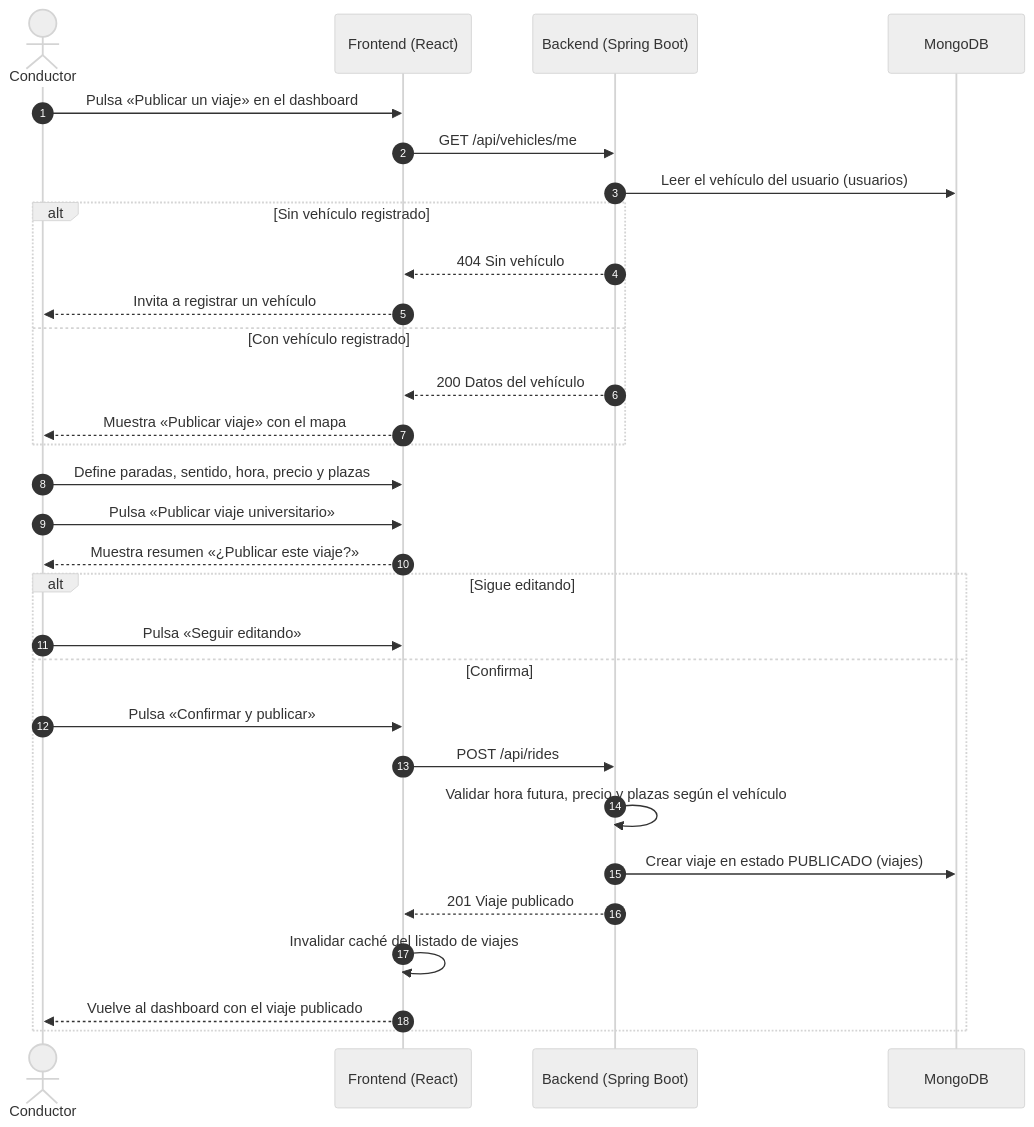
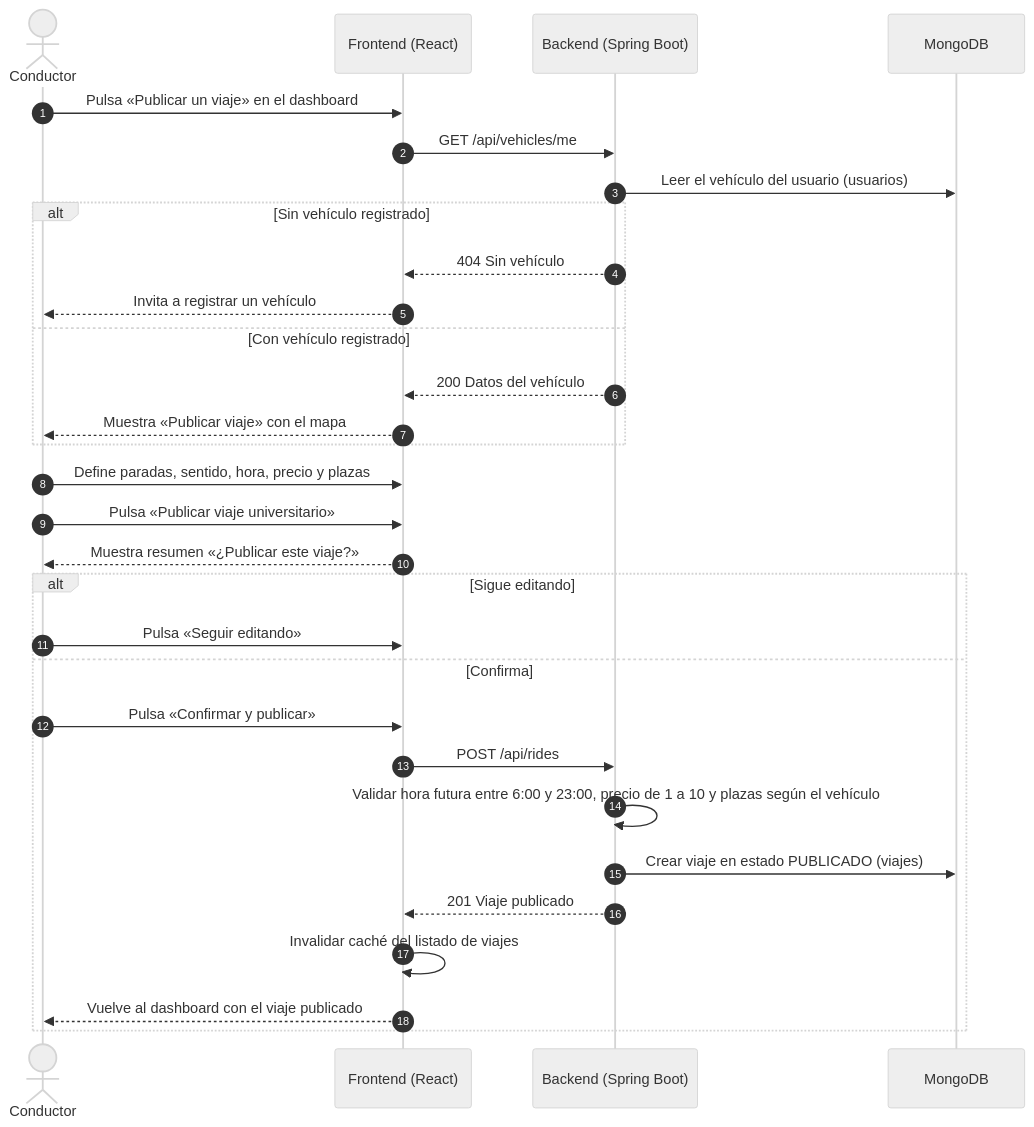
One commit to manuelguarniz/mono-movilidad-colaborativa changed the fifth of 7 diagrams in README.md. Above: the diagram before and after it, drawn with Mermaid (neutral theme). The commit also changed other lines of this file and 3 other files, not shown here.

````diff
--- a/README.md
+++ b/README.md
@@ -577,34 +601,34 @@
 ```mermaid
 sequenceDiagram
     autonumber
     actor C as Conductor
     participant FE as Frontend (React)
     participant API as Backend (Spring Boot)
     participant DB as MongoDB
 
     C->>FE: Pulsa «Publicar un viaje» en el dashboard
     FE->>API: GET /api/vehicles/me
     API->>DB: Leer el vehículo del usuario (usuarios)
     alt Sin vehículo registrado
         API-->>FE: 404 Sin vehículo
         FE-->>C: Invita a registrar un vehículo
     else Con vehículo registrado
         API-->>FE: 200 Datos del vehículo
         FE-->>C: Muestra «Publicar viaje» con el mapa
     end
 
     C->>FE: Define paradas, sentido, hora, precio y plazas
     C->>FE: Pulsa «Publicar viaje universitario»
     FE-->>C: Muestra resumen «¿Publicar este viaje?»
     alt Sigue editando
         C->>FE: Pulsa «Seguir editando»
     else Confirma
         C->>FE: Pulsa «Confirmar y publicar»
         FE->>API: POST /api/rides
-        API->>API: Validar hora futura, precio y plazas según el vehículo
+        API->>API: Validar hora futura entre 6:00 y 23:00, precio de 1 a 10 y plazas según el vehículo
         API->>DB: Crear viaje en estado PUBLICADO (viajes)
         API-->>FE: 201 Viaje publicado
         FE->>FE: Invalidar caché del listado de viajes
         FE-->>C: Vuelve al dashboard con el viaje publicado
     end
 ```
````
